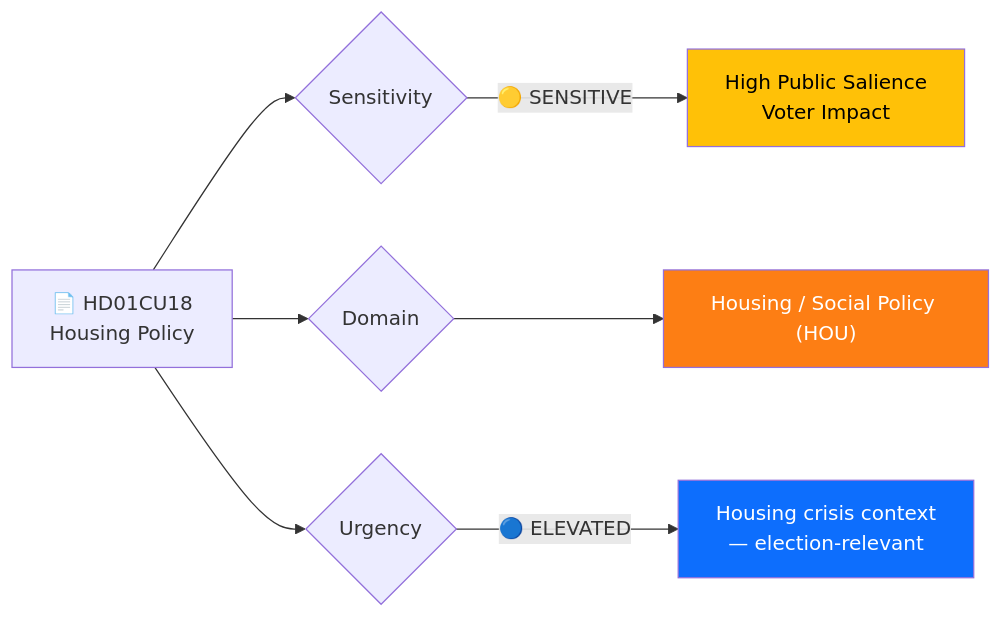
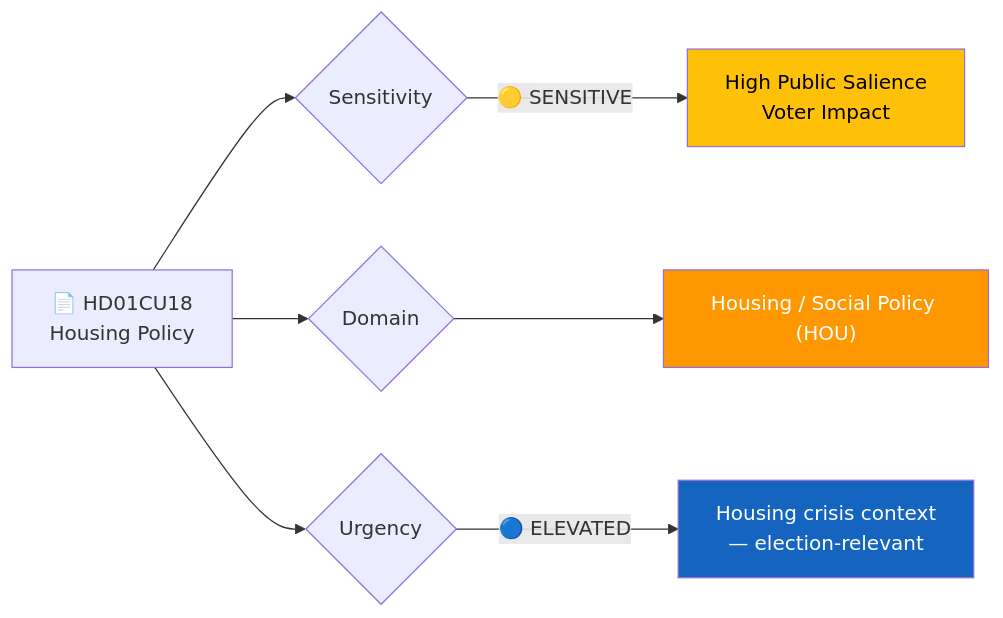
The first of 2 diagrams in analysis/daily/2026-03-27/committeeReports/documents/hd01cu18-analysis.md (Hack23/riksdagsmonitor), drawn with Mermaid before and after one commit. The commit also changed other lines of this file and 785 other files, not shown here.

First line of the commit message:
Normalize mermaid colors across 786 analysis artifacts to ISMS Style Guide palette

````diff
--- a/analysis/daily/2026-03-27/committeeReports/documents/hd01cu18-analysis.md
+++ b/analysis/daily/2026-03-27/committeeReports/documents/hd01cu18-analysis.md
@@ -32,15 +32,15 @@
 ```mermaid
 graph LR
     A["📄 HD01CU18<br/>Housing Policy"] --> B{Sensitivity}
     B -->|"🟡 SENSITIVE"| D["High Public Salience<br/>Voter Impact"]
 
     A --> G{Domain}
     G --> H["Housing / Social Policy (HOU)"]
 
     A --> I{Urgency}
     I -->|"🔵 ELEVATED"| L["Housing crisis context<br/>— election-relevant"]
 
-    style D fill:#ffc107,color:#000
-    style H fill:#fd7e14,color:#fff
-    style L fill:#0d6efd,color:#fff
+    style D fill:#FFC107,color:#000000
+    style H fill:#FF9800,color:#FFFFFF
+    style L fill:#1565C0,color:#FFFFFF
 ```
````
